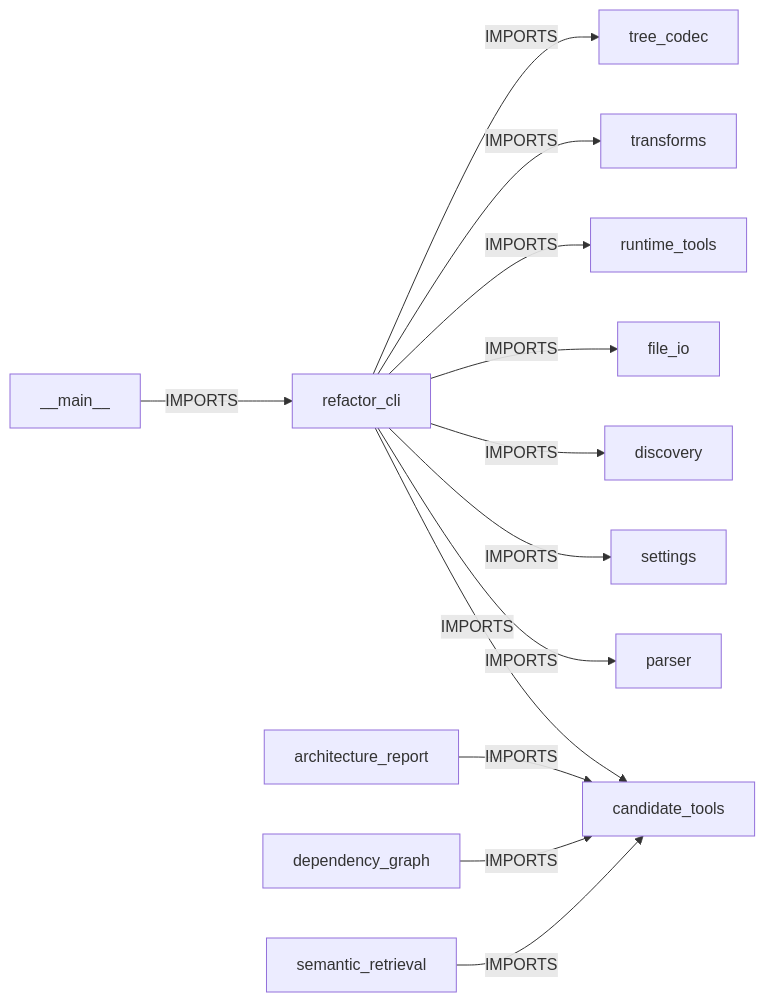
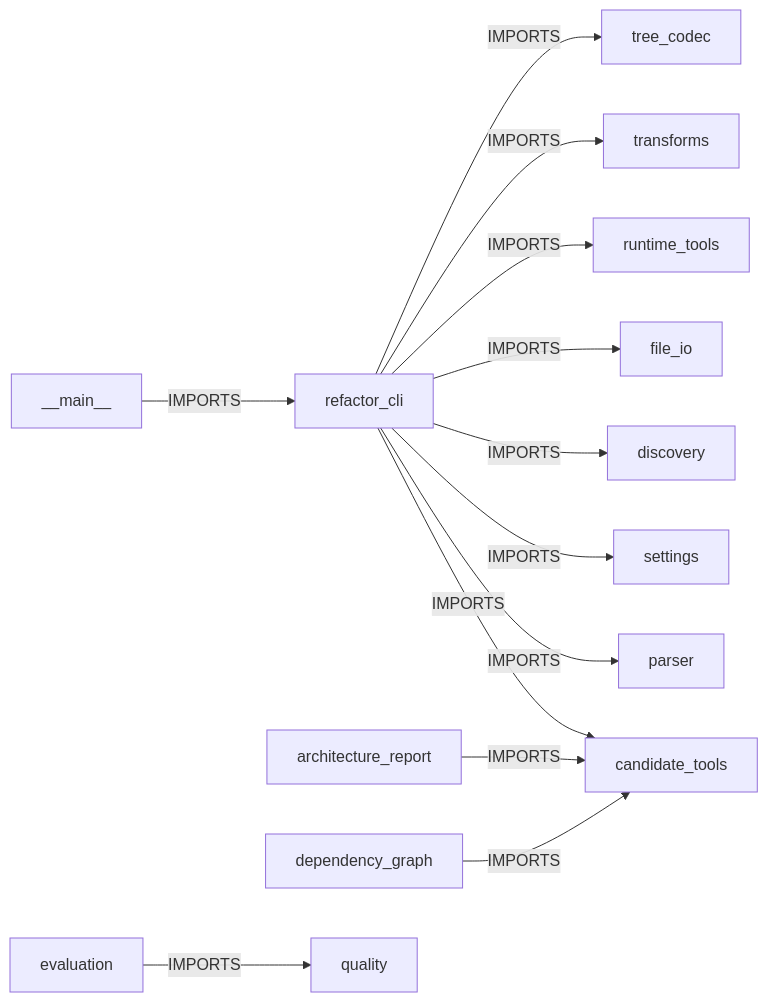
Before and after one commit to scl2bp/refactor_cli: the fourth of 7 diagrams in .refactor/analysis/candidates/report.md, drawn with Mermaid. The commit also changed other lines of this file and 5 other files, not shown here.

````diff
--- a/.refactor/analysis/candidates/report.md
+++ b/.refactor/analysis/candidates/report.md
@@ -279,15 +279,15 @@
 ```mermaid
 flowchart LR
   refactor_cli["refactor_cli"] -->|IMPORTS| candidate_tools["candidate_tools"]
   refactor_cli["refactor_cli"] -->|IMPORTS| parser["parser"]
   refactor_cli["refactor_cli"] -->|IMPORTS| settings["settings"]
   refactor_cli["refactor_cli"] -->|IMPORTS| discovery["discovery"]
   refactor_cli["refactor_cli"] -->|IMPORTS| file_io["file_io"]
   refactor_cli["refactor_cli"] -->|IMPORTS| runtime_tools["runtime_tools"]
   refactor_cli["refactor_cli"] -->|IMPORTS| transforms["transforms"]
   refactor_cli["refactor_cli"] -->|IMPORTS| tree_codec["tree_codec"]
   __main__["__main__"] -->|IMPORTS| refactor_cli["refactor_cli"]
   architecture_report["architecture_report"] -->|IMPORTS| candidate_tools["candidate_tools"]
   dependency_graph["dependency_graph"] -->|IMPORTS| candidate_tools["candidate_tools"]
-  semantic_retrieval["semantic_retrieval"] -->|IMPORTS| candidate_tools["candidate_tools"]
+  evaluation["evaluation"] -->|IMPORTS| quality["quality"]
 ```
````
